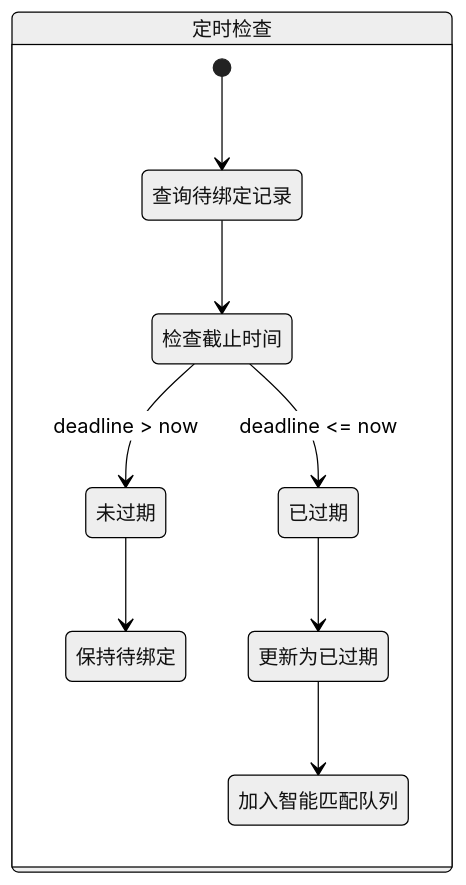
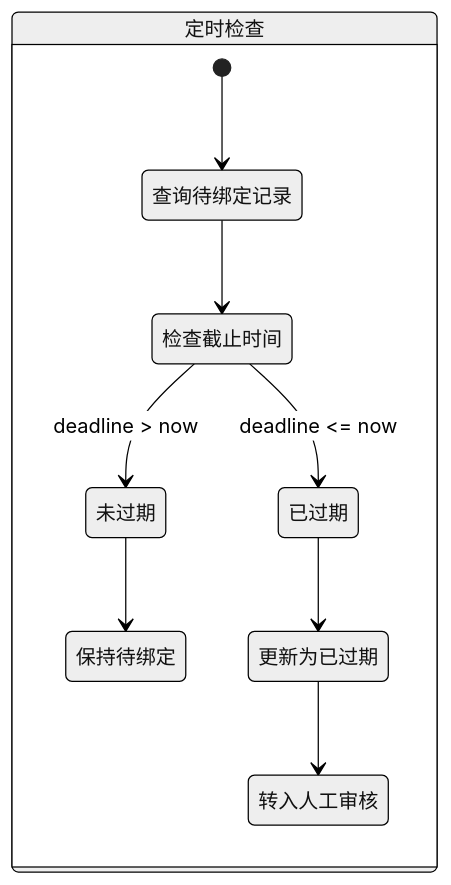
Before and after one commit to yiancode/AutoDepositRefundAgent: the fifth of 12 diagrams in docs/v1/diagrams/状态机.md, drawn with Mermaid (neutral theme). The commit also changed other lines of this file and 9 other files, not shown here.

````diff
--- a/docs/v1/diagrams/状态机.md
+++ b/docs/v1/diagrams/状态机.md
@@ -129,15 +128,15 @@
 ```mermaid
 stateDiagram-v2
     state 定时检查 {
         [*] --> 查询待绑定记录
         查询待绑定记录 --> 检查截止时间
 
         state 检查截止时间 <<choice>>
         检查截止时间 --> 未过期: deadline > now
         检查截止时间 --> 已过期: deadline <= now
 
         未过期 --> 保持待绑定
         已过期 --> 更新为已过期
-        更新为已过期 --> 加入智能匹配队列
+        更新为已过期 --> 转入人工审核
     }
 ```
````
